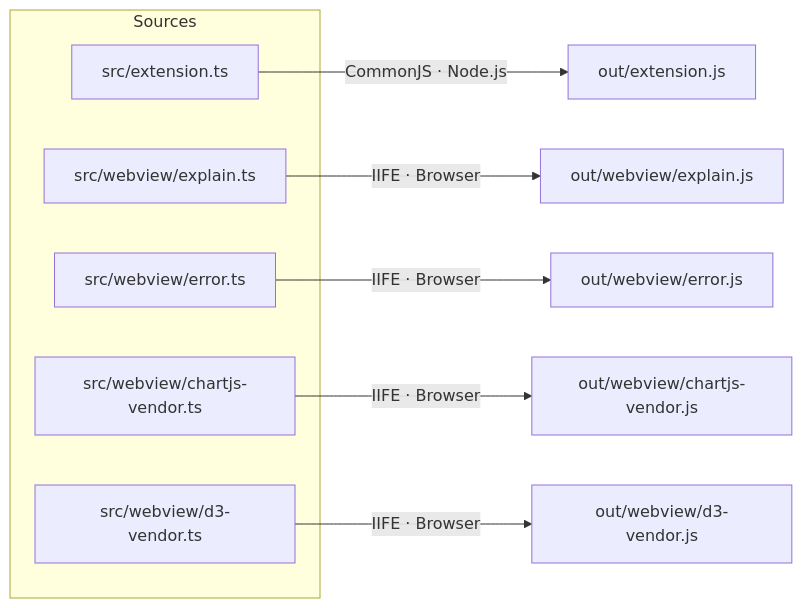
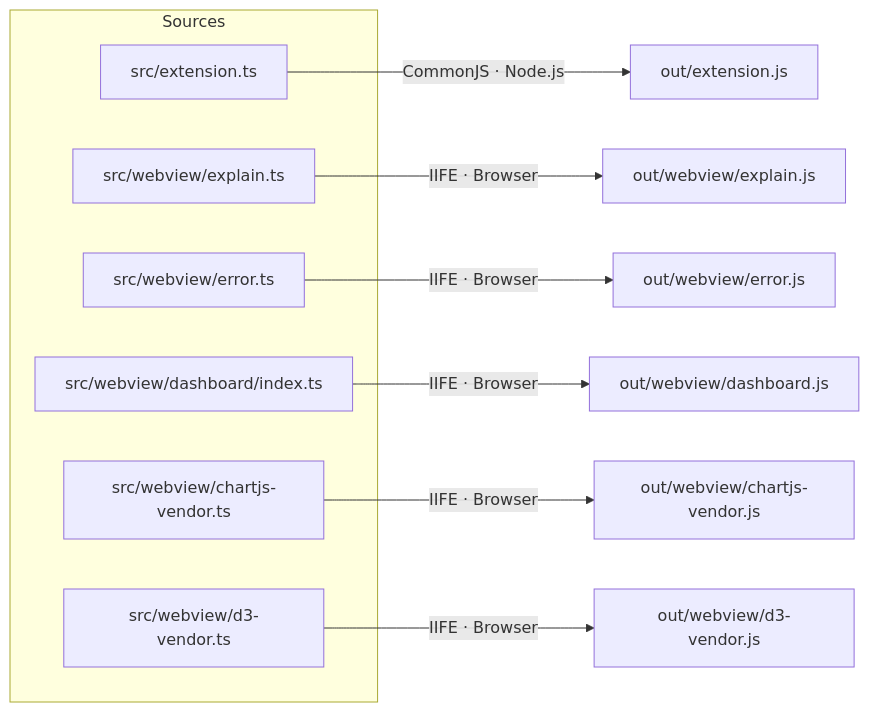
The first of 2 diagrams in docs/architecture/overview.md (cesarandreslopez/sidekick-agent-hub), drawn with Mermaid before and after one commit. The commit also changed 18 other files, not shown here.

````diff
--- a/docs/architecture/overview.md
+++ b/docs/architecture/overview.md
@@ -9,16 +9,18 @@
 ```mermaid
 flowchart LR
     subgraph Sources
         EXT["src/extension.ts"]
         EXP["src/webview/explain.ts"]
         ERR["src/webview/error.ts"]
+        DASH["src/webview/dashboard/index.ts"]
         CHART["src/webview/chartjs-vendor.ts"]
         D3["src/webview/d3-vendor.ts"]
     end
 
     EXT -->|CommonJS · Node.js| O1["out/extension.js"]
     EXP -->|IIFE · Browser| O2["out/webview/explain.js"]
     ERR -->|IIFE · Browser| O3["out/webview/error.js"]
+    DASH -->|IIFE · Browser| O6["out/webview/dashboard.js"]
     CHART -->|IIFE · Browser| O4["out/webview/chartjs-vendor.js"]
     D3 -->|IIFE · Browser| O5["out/webview/d3-vendor.js"]
 ```
````
